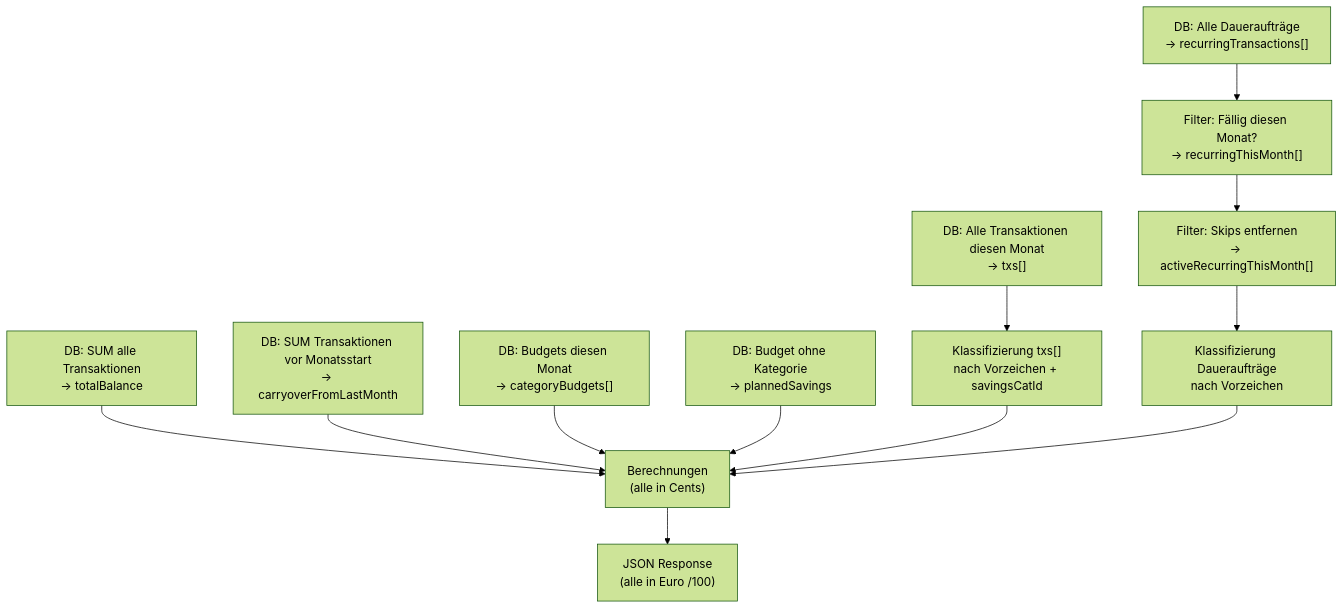
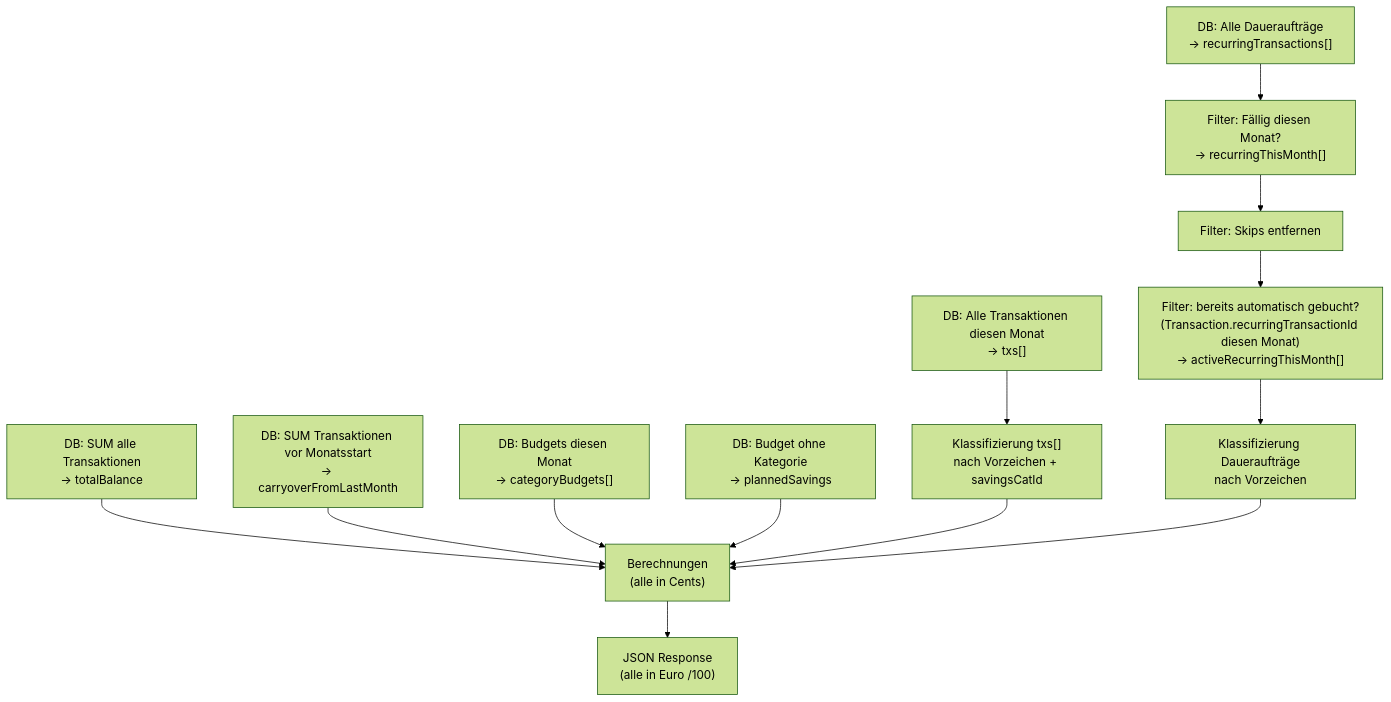
Before and after one commit to konradthiemann/Doewe: the first of 2 diagrams in docs/calculations/04-analytics-summary.md, drawn with Mermaid (forest theme). The commit also changed other lines of this file and 12 other files, not shown here.

First line of the commit message:
feat(recurring): fällige Daueraufträge automatisch buchen, Vergangenheit nachbuchen (#74)

````diff
--- a/docs/calculations/04-analytics-summary.md
+++ b/docs/calculations/04-analytics-summary.md
@@ -14,16 +14,17 @@
 ```mermaid
 flowchart TD
     DB_ALL["DB: SUM alle Transaktionen\n→ totalBalance"] --> CALC
     DB_PREV["DB: SUM Transaktionen vor Monatsstart\n→ carryoverFromLastMonth"] --> CALC
     DB_TXS["DB: Alle Transaktionen diesen Monat\n→ txs[]"] --> CLASSIFY
     DB_REC["DB: Alle Daueraufträge\n→ recurringTransactions[]"] --> FILTER_REC
     DB_BUDGETS["DB: Budgets diesen Monat\n→ categoryBudgets[]"] --> CALC
     DB_PLANNED["DB: Budget ohne Kategorie\n→ plannedSavings"] --> CALC
 
     CLASSIFY["Klassifizierung txs[]\nnach Vorzeichen + savingsCatId"] --> CALC
     FILTER_REC["Filter: Fällig diesen Monat?\n→ recurringThisMonth[]"] --> SKIP_CHECK
-    SKIP_CHECK["Filter: Skips entfernen\n→ activeRecurringThisMonth[]"] --> REC_CLASSIFY
+    SKIP_CHECK["Filter: Skips entfernen"] --> BOOKED_CHECK
+    BOOKED_CHECK["Filter: bereits automatisch gebucht?\n(Transaction.recurringTransactionId diesen Monat)\n→ activeRecurringThisMonth[]"] --> REC_CLASSIFY
     REC_CLASSIFY["Klassifizierung Daueraufträge\nnach Vorzeichen"] --> CALC
 
     CALC["Berechnungen\n(alle in Cents)"] --> OUTPUT["JSON Response\n(alle in Euro /100)"]
 ```
````
